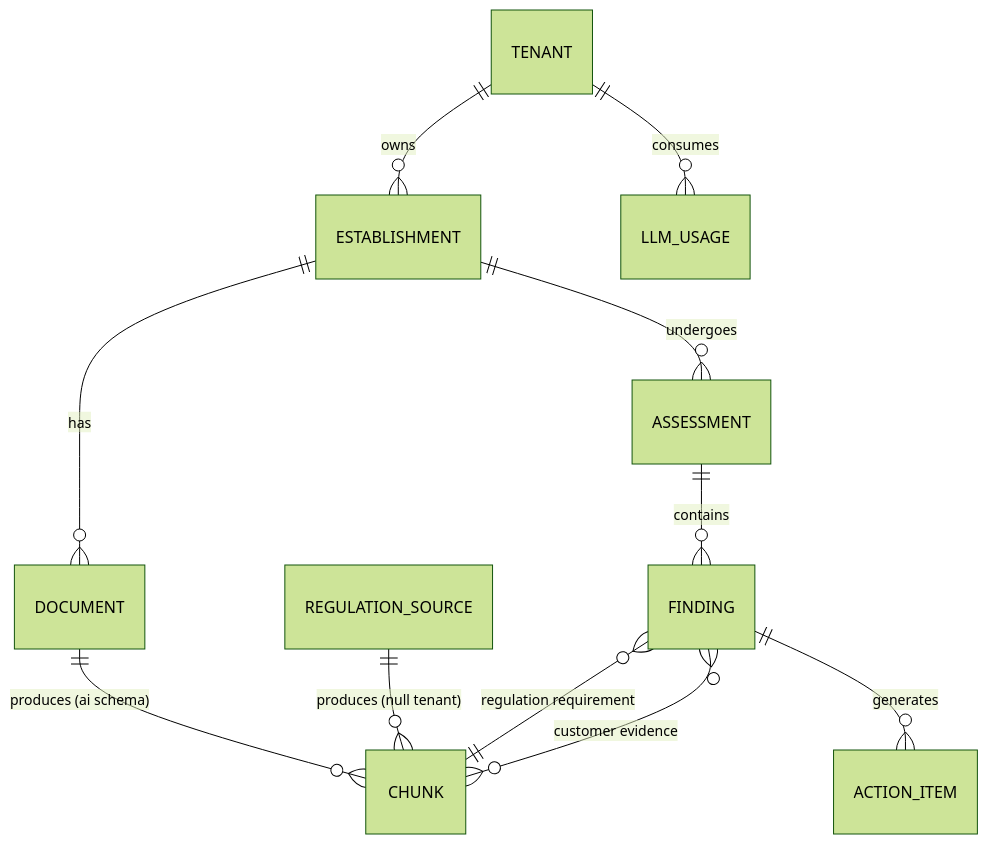
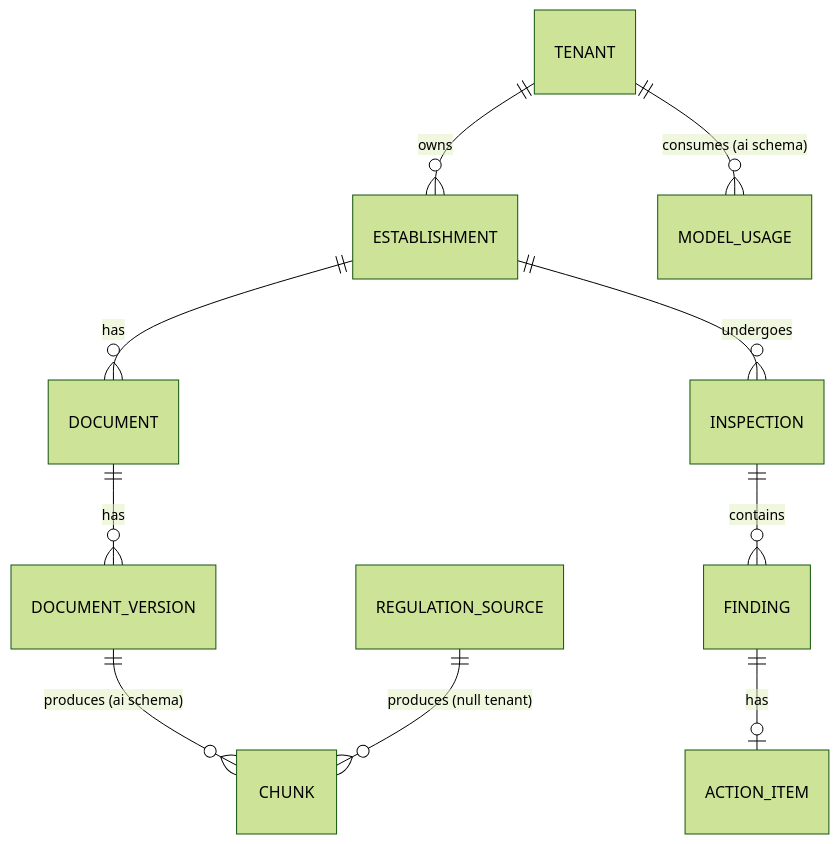
The second of 5 diagrams in README.md (KauaVilasBoas/Normetry), drawn with Mermaid (forest theme) before and after one commit. The commit also changed other lines of this file and 4 other files, not shown here.

````diff
--- a/README.md
+++ b/README.md
@@ -172,13 +181,12 @@
 ```mermaid
 erDiagram
     TENANT ||--o{ ESTABLISHMENT : "owns"
     ESTABLISHMENT ||--o{ DOCUMENT : "has"
-    DOCUMENT ||--o{ CHUNK : "produces (ai schema)"
+    DOCUMENT ||--o{ DOCUMENT_VERSION : "has"
+    DOCUMENT_VERSION ||--o{ CHUNK : "produces (ai schema)"
     REGULATION_SOURCE ||--o{ CHUNK : "produces (null tenant)"
-    ESTABLISHMENT ||--o{ ASSESSMENT : "undergoes"
-    ASSESSMENT ||--o{ FINDING : "contains"
-    FINDING }o--|| CHUNK : "regulation requirement"
-    FINDING }o--o{ CHUNK : "customer evidence"
-    FINDING ||--o{ ACTION_ITEM : "generates"
-    TENANT ||--o{ LLM_USAGE : "consumes"
+    ESTABLISHMENT ||--o{ INSPECTION : "undergoes"
+    INSPECTION ||--o{ FINDING : "contains"
+    FINDING ||--o| ACTION_ITEM : "has"
+    TENANT ||--o{ MODEL_USAGE : "consumes (ai schema)"
 ```
````
